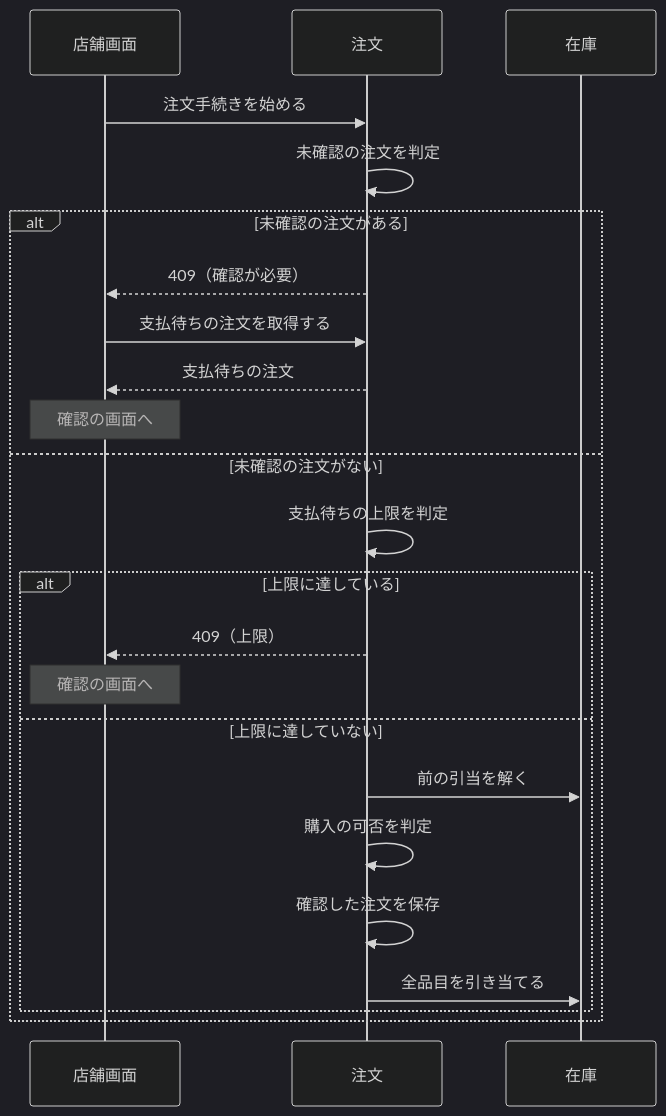
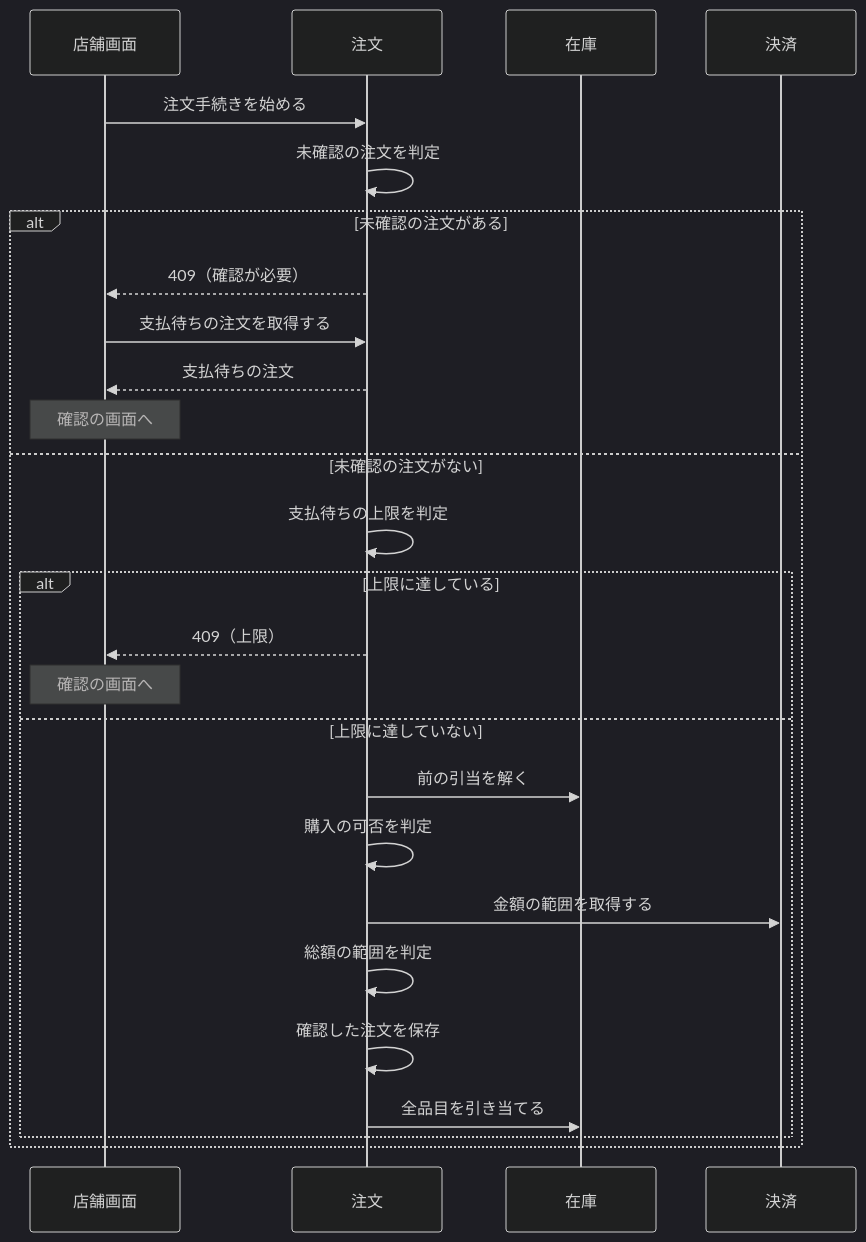
One commit to roger88106/ec-site changed the first of 4 diagrams in docs/02-設計/order.md. Above: the diagram before and after it, drawn with Mermaid (dark theme). The commit also changed other lines of this file and 4 other files, not shown here.

````diff
--- a/docs/02-設計/order.md
+++ b/docs/02-設計/order.md
@@ -37,25 +37,28 @@
 ```mermaid
 sequenceDiagram
     participant U as 店舗画面
     participant O as 注文
     participant I as 在庫
+    participant P as 決済
     U->>O: 注文手続きを始める
     O->>O: 未確認の注文を判定
     alt 未確認の注文がある
         O-->>U: 409（確認が必要）
         U->>O: 支払待ちの注文を取得する
         O-->>U: 支払待ちの注文
         Note over U: 確認の画面へ
     else 未確認の注文がない
         O->>O: 支払待ちの上限を判定
         alt 上限に達している
             O-->>U: 409（上限）
             Note over U: 確認の画面へ
         else 上限に達していない
             O->>I: 前の引当を解く
             O->>O: 購入の可否を判定
+            O->>P: 金額の範囲を取得する
+            O->>O: 総額の範囲を判定
             O->>O: 確認した注文を保存
             O->>I: 全品目を引き当てる
         end
     end
 ```
````
